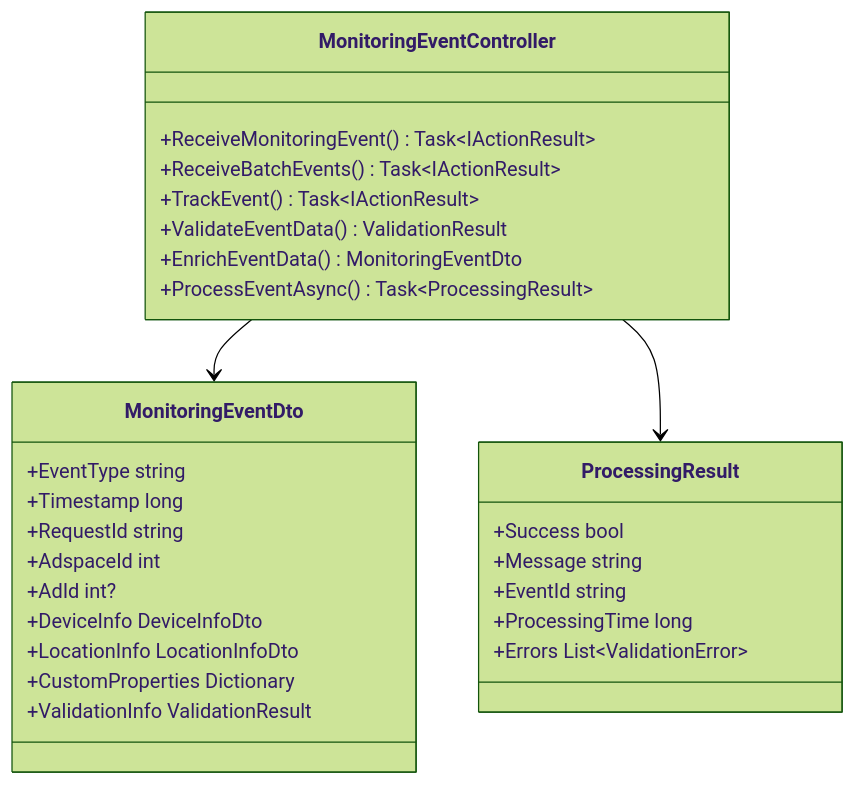
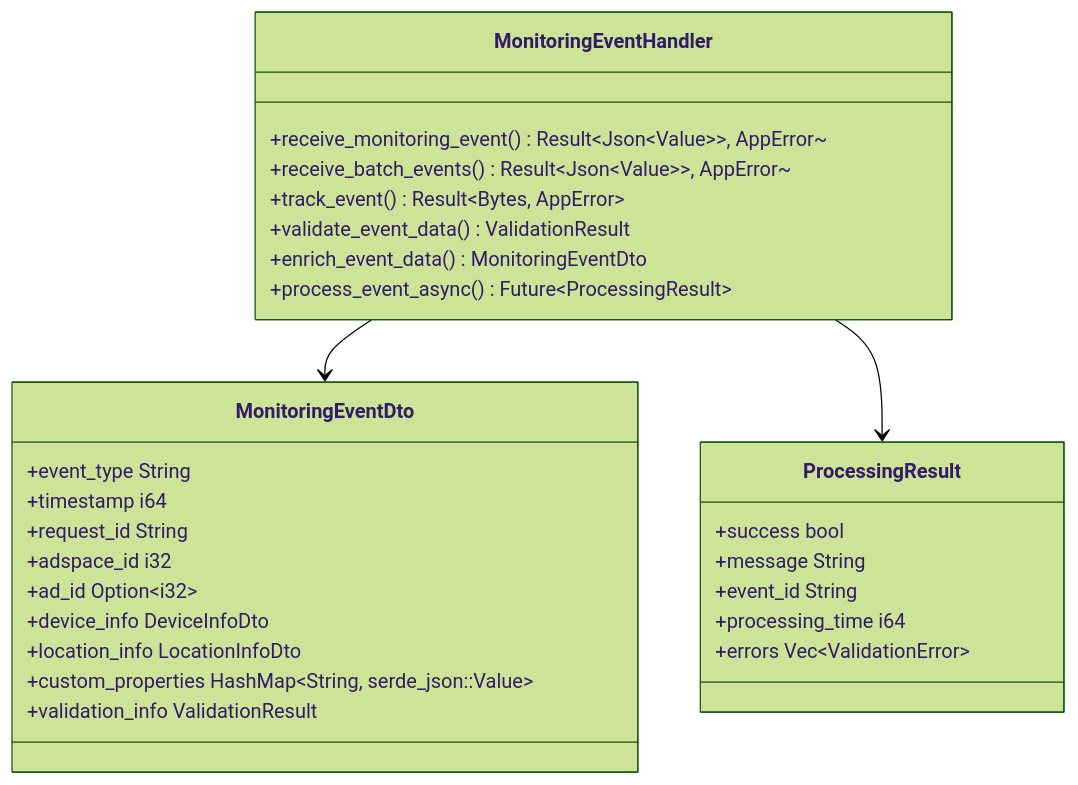
The third of 7 diagrams in docs_TecDesign/广告投放引擎/广告效果监测服务设计/广告效果监测服务接口设计.md (lornshrimp/Lorn.ADSP.Rust), drawn with Mermaid (forest theme) before and after one commit. The commit also changed other lines of this file and 8 other files, not shown here.

````diff
--- a/docs_TecDesign/广告投放引擎/广告效果监测服务设计/广告效果监测服务接口设计.md
+++ b/docs_TecDesign/广告投放引擎/广告效果监测服务设计/广告效果监测服务接口设计.md
@@ -79,34 +79,34 @@
 ```mermaid
 classDiagram
-    class MonitoringEventController {
-        +ReceiveMonitoringEvent() Task~IActionResult~
-        +ReceiveBatchEvents() Task~IActionResult~
-        +TrackEvent() Task~IActionResult~
-        +ValidateEventData() ValidationResult
-        +EnrichEventData() MonitoringEventDto
-        +ProcessEventAsync() Task~ProcessingResult~
+    class MonitoringEventHandler {
+        +receive_monitoring_event() Result~Json~Value~~, AppError~
+        +receive_batch_events() Result~Json~Value~~, AppError~
+        +track_event() Result~Bytes, AppError~
+        +validate_event_data() ValidationResult
+        +enrich_event_data() MonitoringEventDto
+        +process_event_async() Future~ProcessingResult~
     }
     
     class MonitoringEventDto {
-        +EventType string
-        +Timestamp long
-        +RequestId string
-        +AdspaceId int
-        +AdId int?
-        +DeviceInfo DeviceInfoDto
-        +LocationInfo LocationInfoDto
-        +CustomProperties Dictionary
-        +ValidationInfo ValidationResult
+        +event_type String
+        +timestamp i64
+        +request_id String
+        +adspace_id i32
+        +ad_id Option~i32~
+        +device_info DeviceInfoDto
+        +location_info LocationInfoDto
+        +custom_properties HashMap~String, serde_json::Value~
+        +validation_info ValidationResult
     }
     
     class ProcessingResult {
-        +Success bool
-        +Message string
-        +EventId string
-        +ProcessingTime long
-        +Errors List~ValidationError~
+        +success bool
+        +message String
+        +event_id String
+        +processing_time i64
+        +errors Vec~ValidationError~
     }
     
-    MonitoringEventController --> MonitoringEventDto
-    MonitoringEventController --> ProcessingResult
+    MonitoringEventHandler --> MonitoringEventDto
+    MonitoringEventHandler --> ProcessingResult
 ```
````
